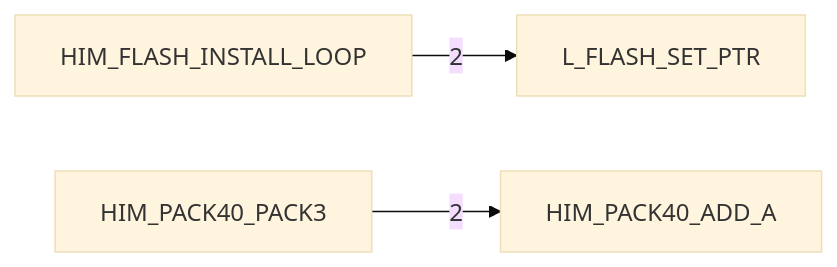
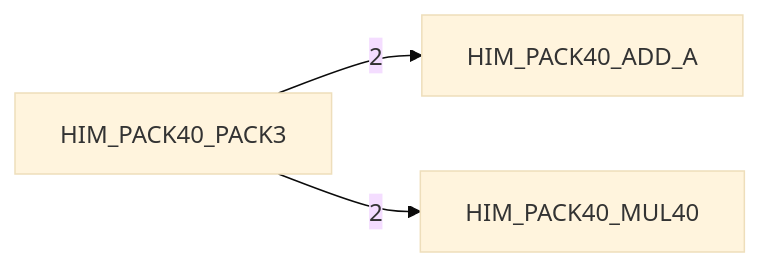
The fifth of 6 diagrams in DOC/GENERATED/HIMON_ROUTINE_TREE.md (95westus/R-YORS), drawn with Mermaid (base theme) before and after one commit. The commit also changed other lines of this file and 45 other files, not shown here.

````diff
--- a/DOC/GENERATED/HIMON_ROUTINE_TREE.md
+++ b/DOC/GENERATED/HIMON_ROUTINE_TREE.md
@@ -80,5 +80,5 @@
 ```mermaid
 flowchart LR
-    N_HIM_FLASH_INSTALL_LOOP[HIM_FLASH_INSTALL_LOOP] -->|2| N_L_FLASH_SET_PTR[L_FLASH_SET_PTR]
     N_HIM_PACK40_PACK3[HIM_PACK40_PACK3] -->|2| N_HIM_PACK40_ADD_A[HIM_PACK40_ADD_A]
+    N_HIM_PACK40_PACK3[HIM_PACK40_PACK3] -->|2| N_HIM_PACK40_MUL40[HIM_PACK40_MUL40]
 ```
````
